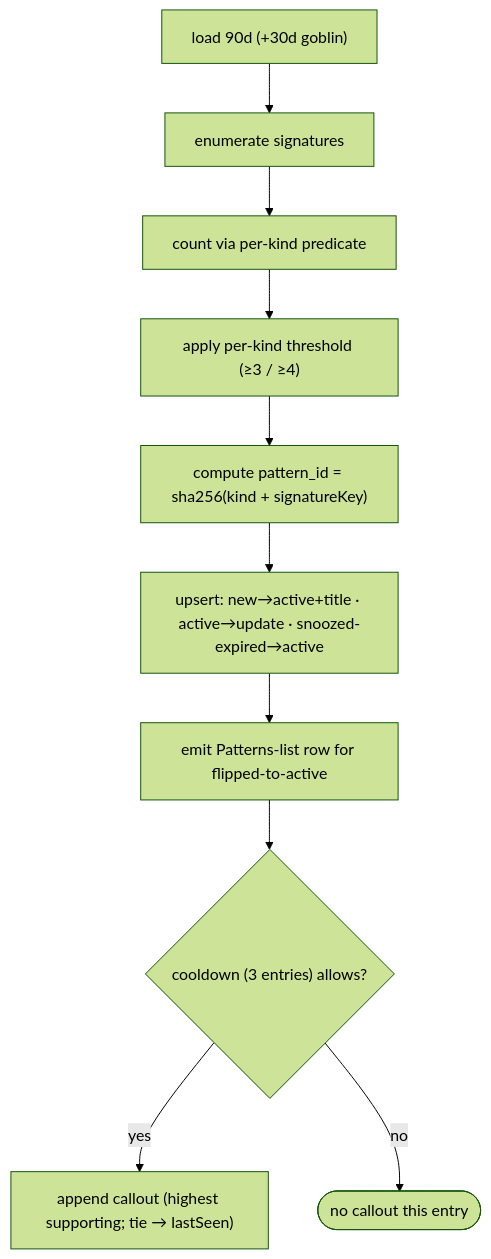
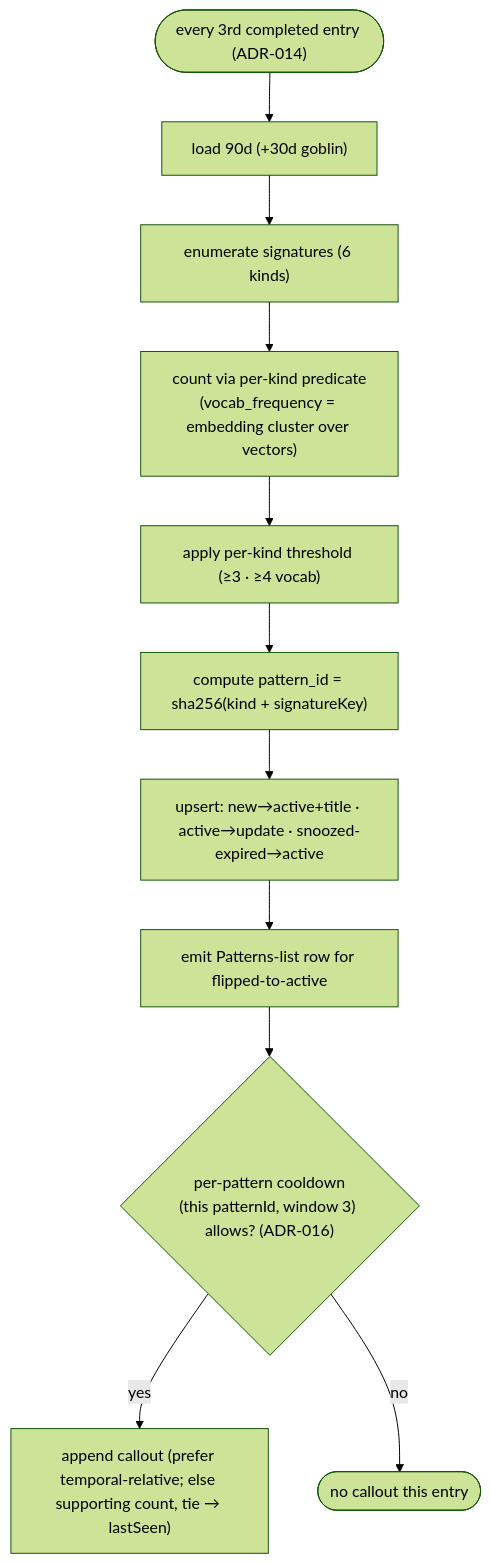
One commit to anchildress1/vestige changed the third of 10 diagrams in docs/diagrams/adr-decisions.md. Above: the diagram before and after it, drawn with Mermaid (forest theme). The commit also changed other lines of this file and 6 other files, not shown here.

First line of the commit message:
docs(diagrams): correct diagram atlas to match implementation

````diff
--- a/docs/diagrams/adr-decisions.md
+++ b/docs/diagrams/adr-decisions.md
@@ -101,15 +127,16 @@
 ```mermaid
 flowchart TD
-    accTitle: ADR-003 eight-step detection algorithm
-    accDescr: Load the 90-day window plus 30 extra days for goblin, enumerate signatures, count via each predicate, apply the per-kind threshold, compute the content-addressable id, upsert into ObjectBox, emit a Patterns-list row for any pattern flipped to active, then append a callout if the 3-entry cooldown allows.
+    accTitle: ADR-003 detection algorithm (current — periodic trigger, per-pattern cooldown)
+    accDescr: Every third completed entry, load the 90-day window plus 30 extra days for goblin, enumerate signatures across the six kinds, count via each per-kind predicate (vocab_frequency uses embedding clusters over entry vectors), apply the per-kind threshold, compute the content-addressable id, upsert into ObjectBox, emit a Patterns-list row for any pattern flipped to active, then append a callout if that pattern's own per-pattern cooldown allows.
 
-    L["load 90d (+30d goblin)"] --> E["enumerate signatures"]
-    E --> C["count via per-kind predicate"]
-    C --> TH["apply per-kind threshold (≥3 / ≥4)"]
+    T(["every 3rd completed entry (ADR-014)"]) --> L["load 90d (+30d goblin)"]
+    L --> E["enumerate signatures (6 kinds)"]
+    E --> C["count via per-kind predicate<br/>(vocab_frequency = embedding cluster over vectors)"]
+    C --> TH["apply per-kind threshold (≥3 · ≥4 vocab)"]
     TH --> ID["compute pattern_id = sha256(kind + signatureKey)"]
     ID --> UP["upsert: new→active+title · active→update · snoozed-expired→active"]
     UP --> ROW["emit Patterns-list row for flipped-to-active"]
-    ROW --> CO{"cooldown (3 entries) allows?"}
-    CO -- yes --> CALL["append callout (highest supporting; tie → lastSeen)"]
+    ROW --> CO{"per-pattern cooldown<br/>(this patternId, window 3) allows? (ADR-016)"}
+    CO -- yes --> CALL["append callout (prefer temporal-relative; else supporting count, tie → lastSeen)"]
     CO -- no --> Skip(["no callout this entry"])
 ```
````
